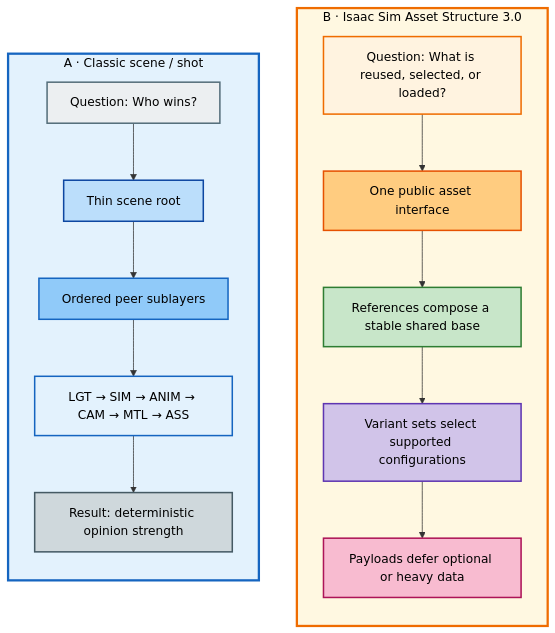
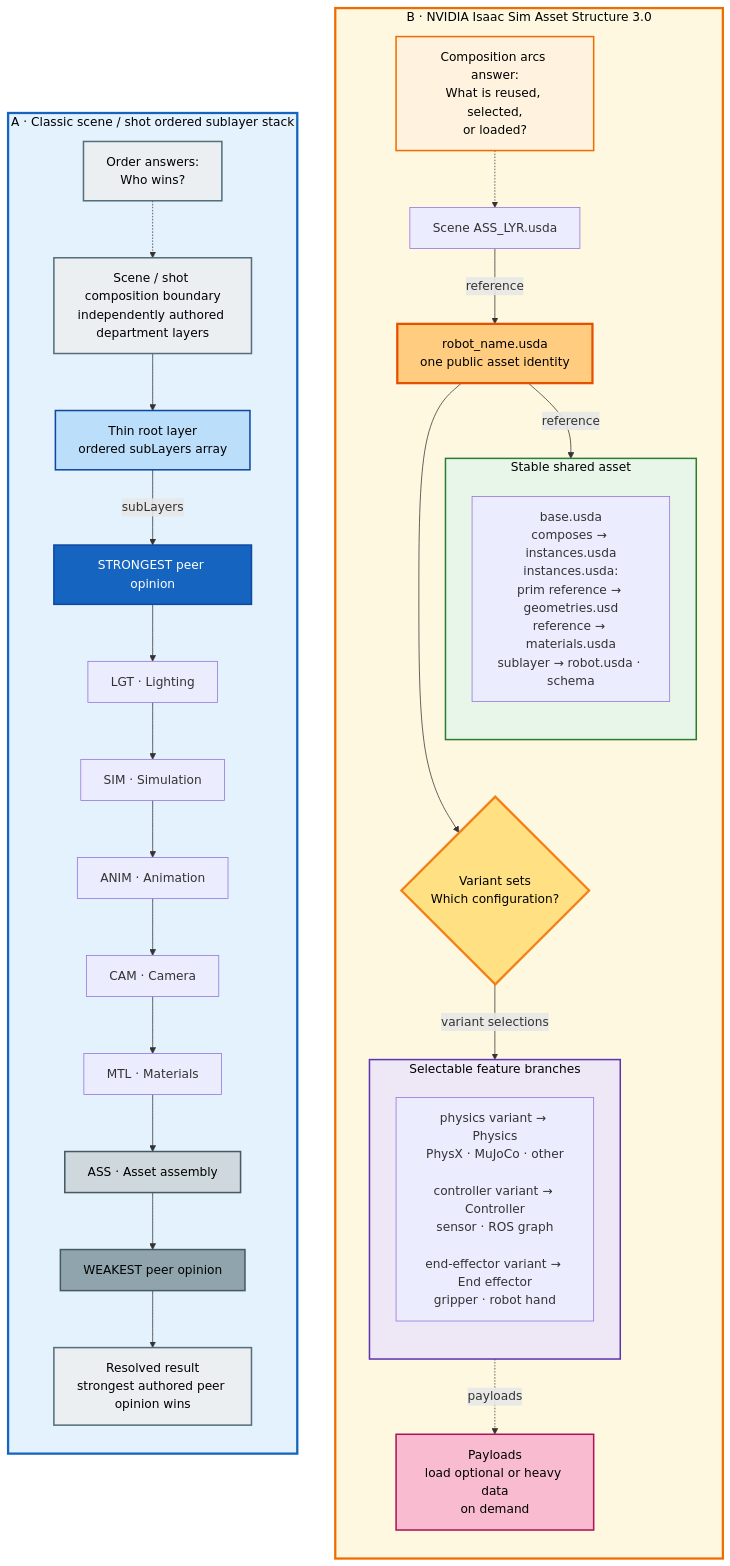
The first of 16 diagrams in WIP_Docs/LAYER_ORDER_REFERENCES_RESEARCH.md (jph2/USD_GoodStart), drawn with Mermaid before and after one commit. The commit also changed other lines of this file, not shown here.

Commit message:
Restore detailed Mermaid paradigm comparison

````diff
--- a/WIP_Docs/LAYER_ORDER_REFERENCES_RESEARCH.md
+++ b/WIP_Docs/LAYER_ORDER_REFERENCES_RESEARCH.md
@@ -146,45 +146,70 @@
 ```mermaid
 flowchart LR
-    subgraph Classic["A · Classic scene / shot"]
+    subgraph Classic["A · Classic scene / shot ordered sublayer stack"]
         direction TB
-        ClassicQuestion["Question: Who wins?"]
-        ClassicRoot["Thin scene root"]
-        ClassicOrder["Ordered peer sublayers"]
-        ClassicLayers["LGT → SIM → ANIM → CAM → MTL → ASS"]
-        ClassicResult["Result: deterministic opinion strength"]
+        ClassicQuestion["Order answers:<br/>Who wins?"]
+        ClassicScope["Scene / shot composition boundary<br/>independently authored department layers"]
+        ClassicRoot["Thin root layer<br/>ordered subLayers array"]
+        Strong["STRONGEST peer opinion"]
+        LGT["LGT · Lighting"]
+        SIM["SIM · Simulation"]
+        ANIM["ANIM · Animation"]
+        CAM["CAM · Camera"]
+        MTL["MTL · Materials"]
+        ASS["ASS · Asset assembly"]
+        Weak["WEAKEST peer opinion"]
+        ClassicResult["Resolved result<br/>strongest authored peer opinion wins"]
 
-        ClassicQuestion --> ClassicRoot
-        ClassicRoot --> ClassicOrder
-        ClassicOrder --> ClassicLayers
-        ClassicLayers --> ClassicResult
+        ClassicQuestion -.-> ClassicScope
+        ClassicScope --> ClassicRoot
+        ClassicRoot -->|"subLayers"| Strong
+        Strong --> LGT --> SIM --> ANIM --> CAM --> MTL --> ASS --> Weak --> ClassicResult
     end
 
-    subgraph Isaac["B · Isaac Sim Asset Structure 3.0"]
+    subgraph Isaac["B · NVIDIA Isaac Sim Asset Structure 3.0"]
         direction TB
-        IsaacQuestion["Question: What is reused, selected, or loaded?"]
-        IsaacPublic["One public asset interface"]
-        IsaacShared["References compose a stable shared base"]
-        IsaacVariants["Variant sets select supported configurations"]
-        IsaacPayloads["Payloads defer optional or heavy data"]
+        IsaacQuestion["Composition arcs answer:<br/>What is reused, selected,<br/>or loaded?"]
+        SceneASS["Scene ASS_LYR.usda"]
+        Public["robot_name.usda<br/>one public asset identity"]
 
-        IsaacQuestion --> IsaacPublic
-        IsaacPublic --> IsaacShared
-        IsaacShared --> IsaacVariants
-        IsaacVariants --> IsaacPayloads
+        subgraph Shared["Stable shared asset"]
+            direction TB
+            SharedStructure["base.usda<br/>composes → instances.usda<br/>instances.usda:<br/>prim reference → geometries.usd<br/>reference → materials.usda<br/>sublayer → robot.usda · schema"]
+        end
+
+        Variants{"Variant sets<br/>Which configuration?"}
+
+        subgraph Choices["Selectable feature branches"]
+            direction TB
+            FeatureBranches["physics variant → Physics<br/>PhysX · MuJoCo · other<br/><br/>controller variant → Controller<br/>sensor · ROS graph<br/><br/>end-effector variant → End effector<br/>gripper · robot hand"]
+        end
+
+        Payloads["Payloads<br/>load optional or heavy data<br/>on demand"]
+
+        IsaacQuestion -.-> SceneASS
+        SceneASS -->|"reference"| Public
+        Public -->|"reference"| SharedStructure
+        SharedStructure ~~~ Variants
+        Public --> Variants
+        Variants -->|"variant selections"| FeatureBranches
+        FeatureBranches -.->|"payloads"| Payloads
     end
 
     Classic ~~~ Isaac
 
     style Classic fill:#e3f2fd,stroke:#1565c0,stroke-width:3px,color:#000
     style Isaac fill:#fff8e1,stroke:#ef6c00,stroke-width:3px,color:#000
+    style Shared fill:#e8f5e9,stroke:#2e7d32,stroke-width:2px,color:#000
+    style Choices fill:#ede7f6,stroke:#5e35b1,stroke-width:2px,color:#000
     style ClassicRoot fill:#bbdefb,stroke:#0d47a1,stroke-width:2px,color:#000
-    style ClassicOrder fill:#90caf9,stroke:#1565c0,stroke-width:2px,color:#000
-    style ClassicLayers fill:#e3f2fd,stroke:#1565c0,stroke-width:2px,color:#000
-    style ClassicResult fill:#cfd8dc,stroke:#455a64,stroke-width:2px,color:#000
+    style Strong fill:#1565c0,stroke:#0d47a1,stroke-width:2px,color:#fff
+    style Weak fill:#90a4ae,stroke:#455a64,stroke-width:2px,color:#000
+    style ASS fill:#cfd8dc,stroke:#455a64,stroke-width:2px,color:#000
     style ClassicQuestion fill:#eceff1,stroke:#546e7a,stroke-width:2px,color:#000
-    style IsaacPublic fill:#ffcc80,stroke:#e65100,stroke-width:2px,color:#000
-    style IsaacShared fill:#c8e6c9,stroke:#2e7d32,stroke-width:2px,color:#000
-    style IsaacVariants fill:#d1c4e9,stroke:#5e35b1,stroke-width:2px,color:#000
-    style IsaacPayloads fill:#f8bbd0,stroke:#ad1457,stroke-width:2px,color:#000
+    style ClassicScope fill:#eceff1,stroke:#546e7a,stroke-width:2px,color:#000
+    style ClassicResult fill:#eceff1,stroke:#546e7a,stroke-width:2px,color:#000
+    style Public fill:#ffcc80,stroke:#e65100,stroke-width:3px,color:#000
+    style Variants fill:#ffe082,stroke:#f57f17,stroke-width:3px,color:#000
+    style Payloads fill:#f8bbd0,stroke:#ad1457,stroke-width:2px,color:#000
     style IsaacQuestion fill:#fff3e0,stroke:#ef6c00,stroke-width:2px,color:#000
 ```
````
